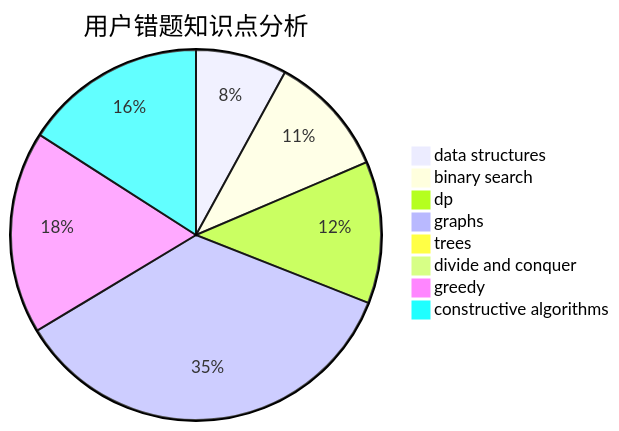
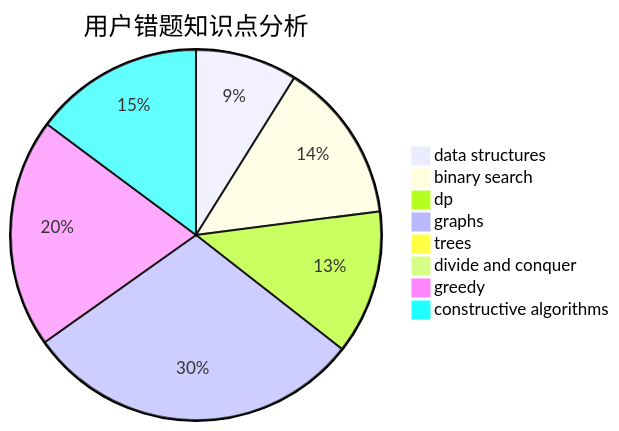
The third of 3 diagrams in docs/user/u885.md (sherpahu/cfrs.github.io), drawn with Mermaid before and after one commit. The commit also changed other lines of this file and 2770 other files, not shown here.

````diff
--- a/docs/user/u885.md
+++ b/docs/user/u885.md
@@ -36,11 +36,11 @@
 ```mermaid
 pie title 用户错题知识点分析
-    "data structures" :  9
-    "binary search" :  12
-    "dp" :  14
+    "data structures" :  12
+    "binary search" :  19
+    "dp" :  17
     "graphs" :  40
     "trees" :  0
     "divide and conquer" :  0
-    "greedy" :  20
-    "constructive algorithms" :  18
+    "greedy" :  27
+    "constructive algorithms" :  20
 ```
````
